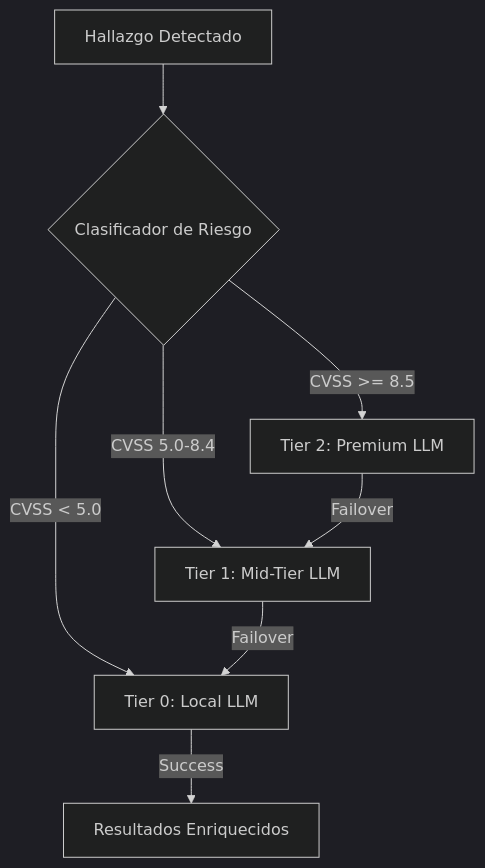
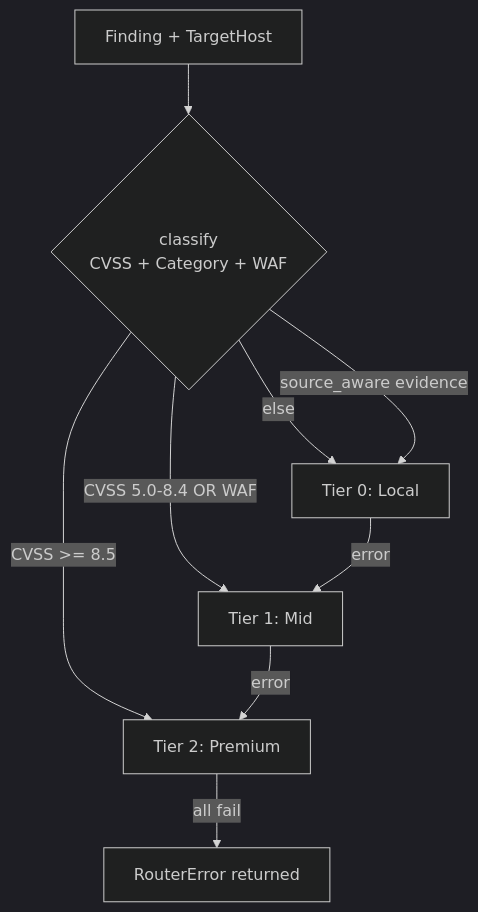
The first of 2 diagrams in redteam_rust_core/DOCS/ai_infrastructure.md (kripiman/OsintUltimate), drawn with Mermaid (dark theme) before and after one commit. The commit also changed other lines of this file and 7 other files, not shown here.

````diff
--- a/redteam_rust_core/DOCS/ai_infrastructure.md
+++ b/redteam_rust_core/DOCS/ai_infrastructure.md
@@ -14,11 +23,12 @@
 ```mermaid
 graph TD
-    Finding[Hallazgo Detectado] --> Classifier{Clasificador de Riesgo}
-    Classifier -->|CVSS >= 8.5| Premium[Tier 2: Premium LLM]
-    Classifier -->|CVSS 5.0-8.4| Mid[Tier 1: Mid-Tier LLM]
-    Classifier -->|CVSS < 5.0| Local[Tier 0: Local LLM]
-    
-    Premium -->|Failover| Mid
-    Mid -->|Failover| Local
-    Local -->|Success| Dashboard[Resultados Enriquecidos]
+    Finding[Finding + TargetHost] --> Classifier{classify\nCVSS + Category + WAF}
+    Classifier -->|CVSS >= 8.5| Premium[Tier 2: Premium]
+    Classifier -->|CVSS 5.0-8.4 OR WAF| Mid[Tier 1: Mid]
+    Classifier -->|else| Local[Tier 0: Local]
+    Classifier -->|source_aware evidence| Local
+
+    Local -->|error| Mid
+    Mid -->|error| Premium
+    Premium -->|all fail| Error[RouterError returned]
 ```
````
